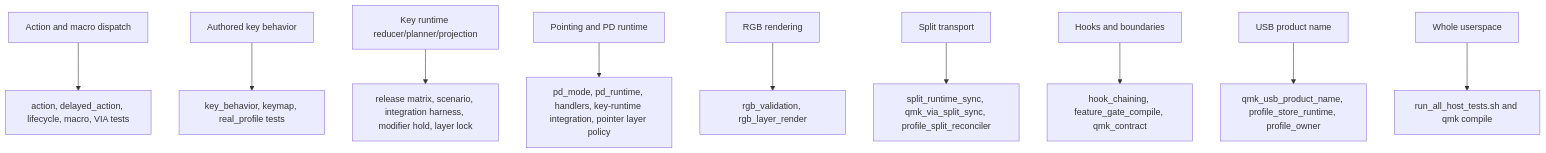
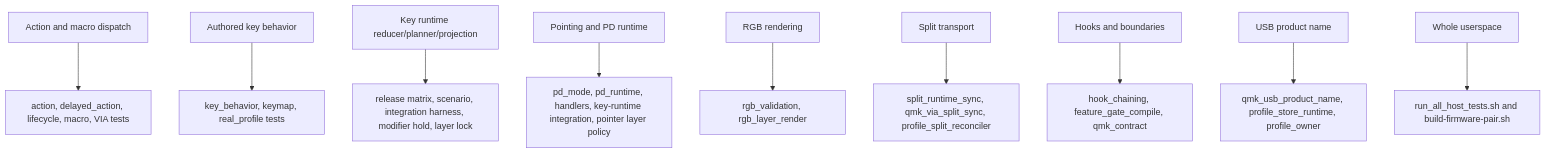
Diagram 11 of 11 in docs/architecture/runtime-flow.md (NoahCLR/charybdis-4x6), drawn with Mermaid before and after one commit. The commit also changed other lines of this file and 32 other files, not shown here.

````diff
--- a/docs/architecture/runtime-flow.md
+++ b/docs/architecture/runtime-flow.md
@@ -611,12 +613,12 @@
 ```mermaid
 flowchart TD
     action["Action and macro dispatch"] --> action_tests["action, delayed_action, lifecycle, macro, VIA tests"]
     key_behavior["Authored key behavior"] --> behavior_tests["key_behavior, keymap, real_profile tests"]
     key_runtime["Key runtime reducer/planner/projection"] --> runtime_tests["release matrix, scenario, integration harness, modifier hold, layer lock"]
     pd["Pointing and PD runtime"] --> pd_tests["pd_mode, pd_runtime, handlers, key-runtime integration, pointer layer policy"]
     rgb["RGB rendering"] --> rgb_tests["rgb_validation, rgb_layer_render"]
     split["Split transport"] --> split_tests["split_runtime_sync, qmk_via_split_sync, profile_split_reconciler"]
     hooks["Hooks and boundaries"] --> boundary_tests["hook_chaining, feature_gate_compile, qmk_contract"]
     usb_name["USB product name"] --> usb_name_tests["qmk_usb_product_name, profile_store_runtime, profile_owner"]
-    all["Whole userspace"] --> full["run_all_host_tests.sh and qmk compile"]
+    all["Whole userspace"] --> full["run_all_host_tests.sh and build-firmware-pair.sh"]
 ```
````
